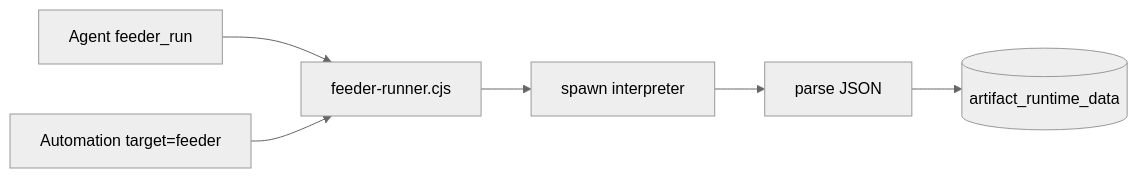
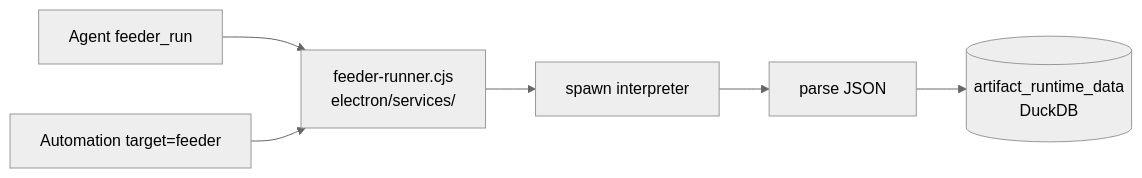
The diagram in docs/features/feeders.md (maxprain12/dome), drawn with Mermaid (neutral theme) before and after one commit. The commit also changed other lines of this file and 22 other files, not shown here.

````diff
--- a/docs/features/feeders.md
+++ b/docs/features/feeders.md
@@ -19,8 +19,8 @@
 ```mermaid
 flowchart LR
-  Agent[Agent feeder_run] --> Runner[feeder-runner.cjs]
+  Agent[Agent feeder_run] --> Runner[feeder-runner.cjs<br/>electron/services/]
   Auto[Automation target=feeder] --> Runner
   Runner --> Spawn[spawn interpreter]
   Spawn --> JSON[parse JSON]
-  JSON --> Artifact[(artifact_runtime_data)]
+  JSON --> Artifact[(artifact_runtime_data<br/>DuckDB)]
 ```
````
